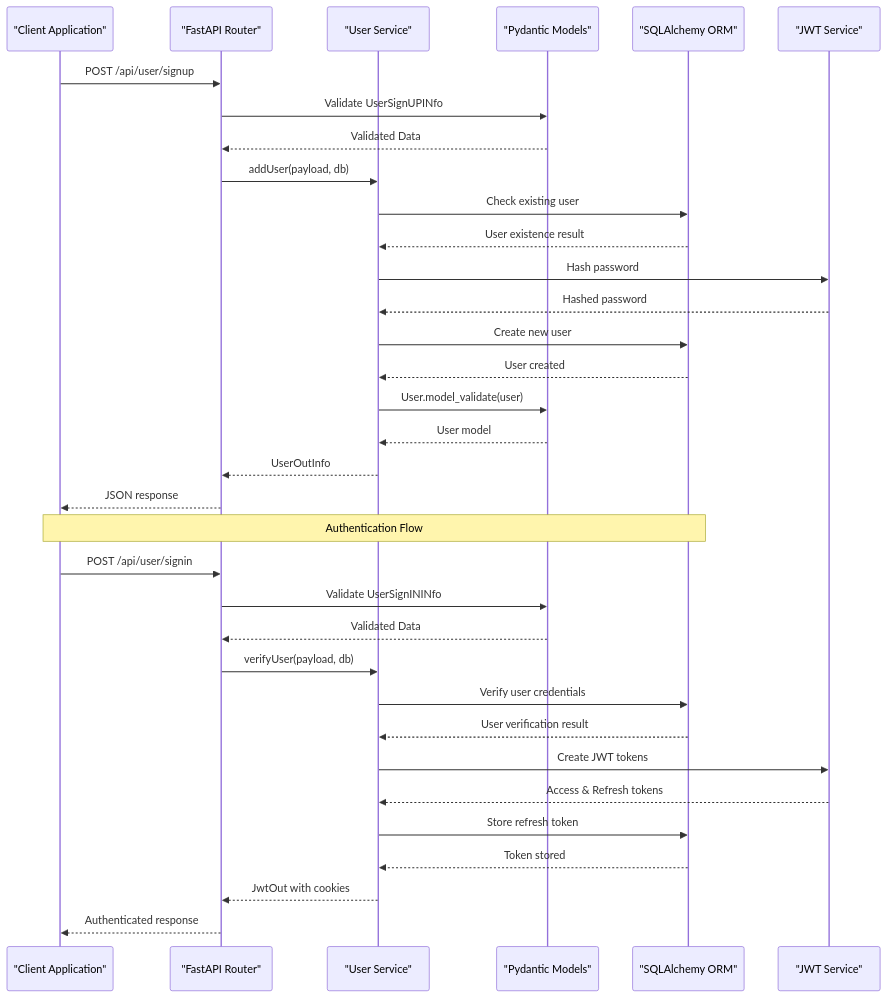
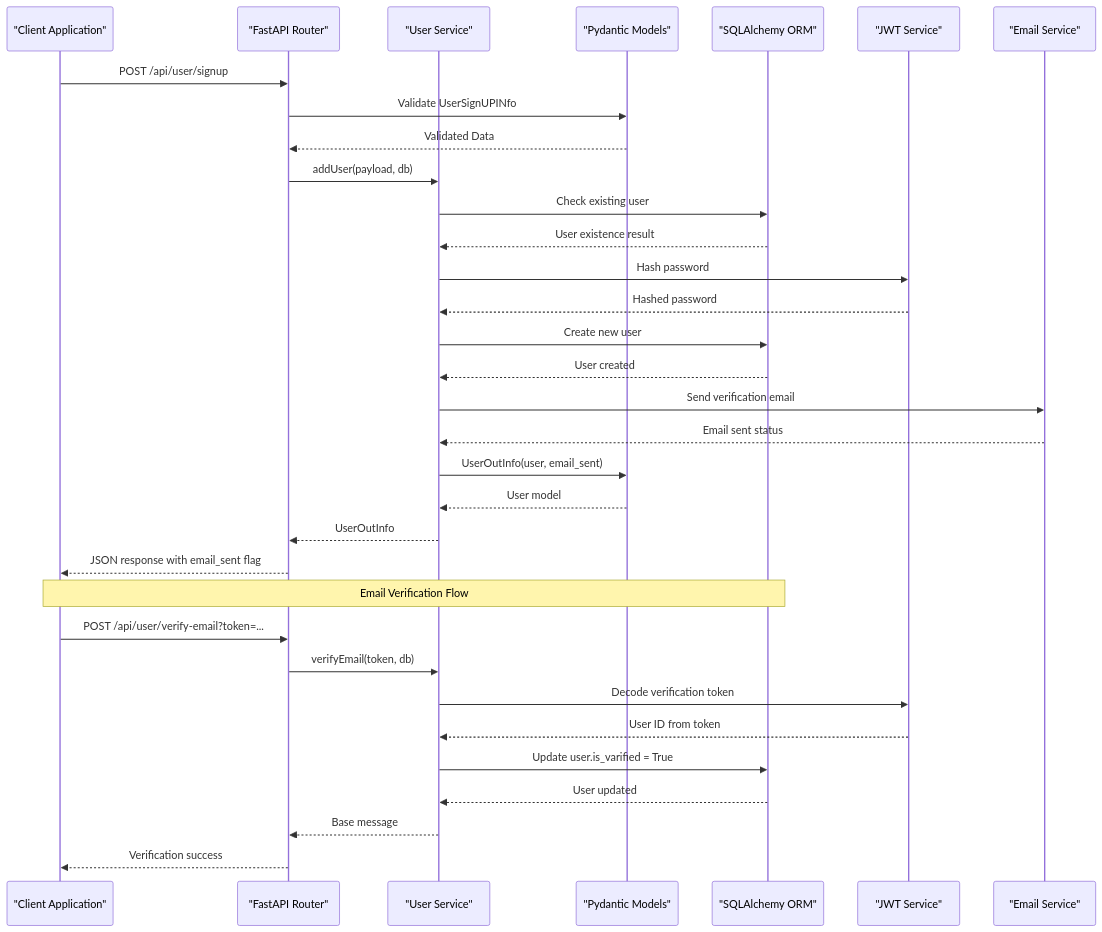
One commit to srikant-panda/auth-service changed the second of 8 diagrams in .qoder/repowiki/en/content/Core Concepts/Data Models and Pydantic Integration.md. Above: the diagram before and after it, drawn with Mermaid. The commit also changed other lines of this file and 11 other files, not shown here.

````diff
--- a/.qoder/repowiki/en/content/Core Concepts/Data Models and Pydantic Integration.md
+++ b/.qoder/repowiki/en/content/Core Concepts/Data Models and Pydantic Integration.md
@@ -107,36 +120,35 @@
 ```mermaid
 sequenceDiagram
 participant Client as "Client Application"
 participant API as "FastAPI Router"
 participant Service as "User Service"
 participant Validator as "Pydantic Models"
 participant DB as "SQLAlchemy ORM"
 participant Token as "JWT Service"
+participant Email as "Email Service"
 Client->>API : POST /api/user/signup
 API->>Validator : Validate UserSignUPINfo
 Validator-->>API : Validated Data
 API->>Service : addUser(payload, db)
 Service->>DB : Check existing user
 DB-->>Service : User existence result
 Service->>Token : Hash password
 Token-->>Service : Hashed password
 Service->>DB : Create new user
 DB-->>Service : User created
-Service->>Validator : User.model_validate(user)
+Service->>Email : Send verification email
+Email-->>Service : Email sent status
+Service->>Validator : UserOutInfo(user, email_sent)
 Validator-->>Service : User model
 Service-->>API : UserOutInfo
-API-->>Client : JSON response
-Note over Client,DB : Authentication Flow
-Client->>API : POST /api/user/signin
-API->>Validator : Validate UserSignININfo
-Validator-->>API : Validated Data
-API->>Service : verifyUser(payload, db)
-Service->>DB : Verify user credentials
-DB-->>Service : User verification result
-Service->>Token : Create JWT tokens
-Token-->>Service : Access & Refresh tokens
-Service->>DB : Store refresh token
-DB-->>Service : Token stored
-Service-->>API : JwtOut with cookies
-API-->>Client : Authenticated response
+API-->>Client : JSON response with email_sent flag
+Note over Client,DB : Email Verification Flow
+Client->>API : POST /api/user/verify-email?token=...
+API->>Service : verifyEmail(token, db)
+Service->>Token : Decode verification token
+Token-->>Service : User ID from token
+Service->>DB : Update user.is_varified = True
+DB-->>Service : User updated
+Service-->>API : Base message
+API-->>Client : Verification success
 ```
````
